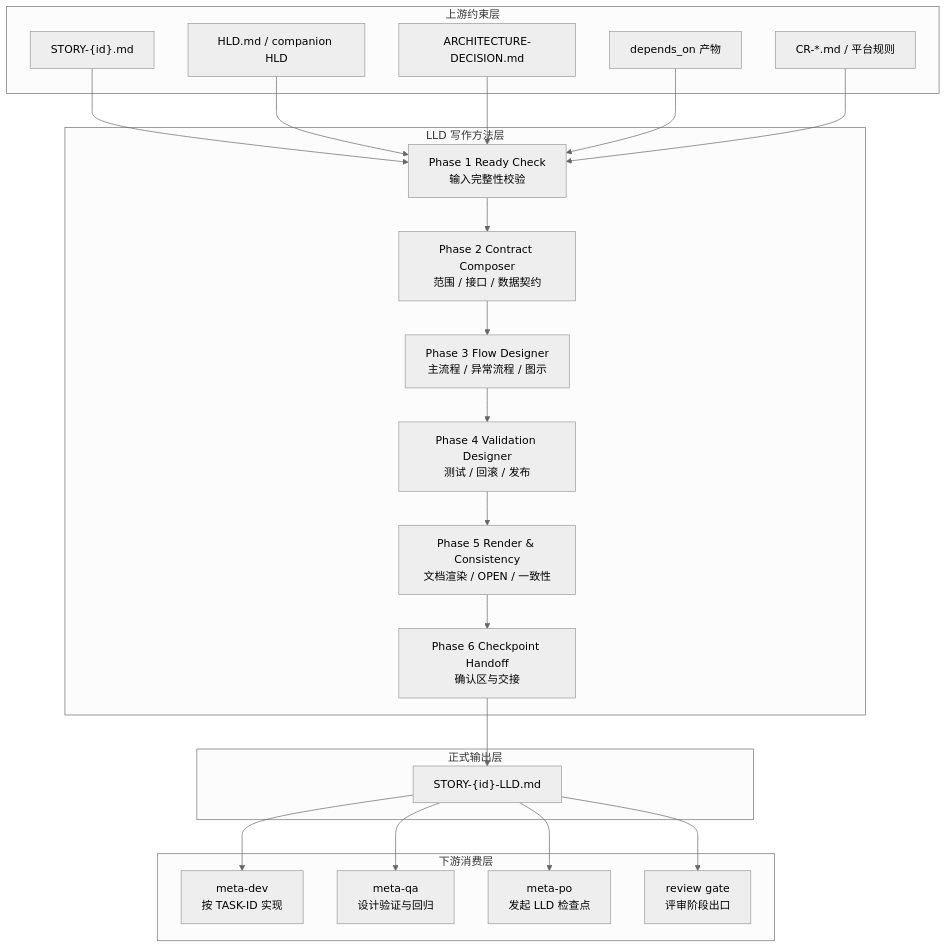
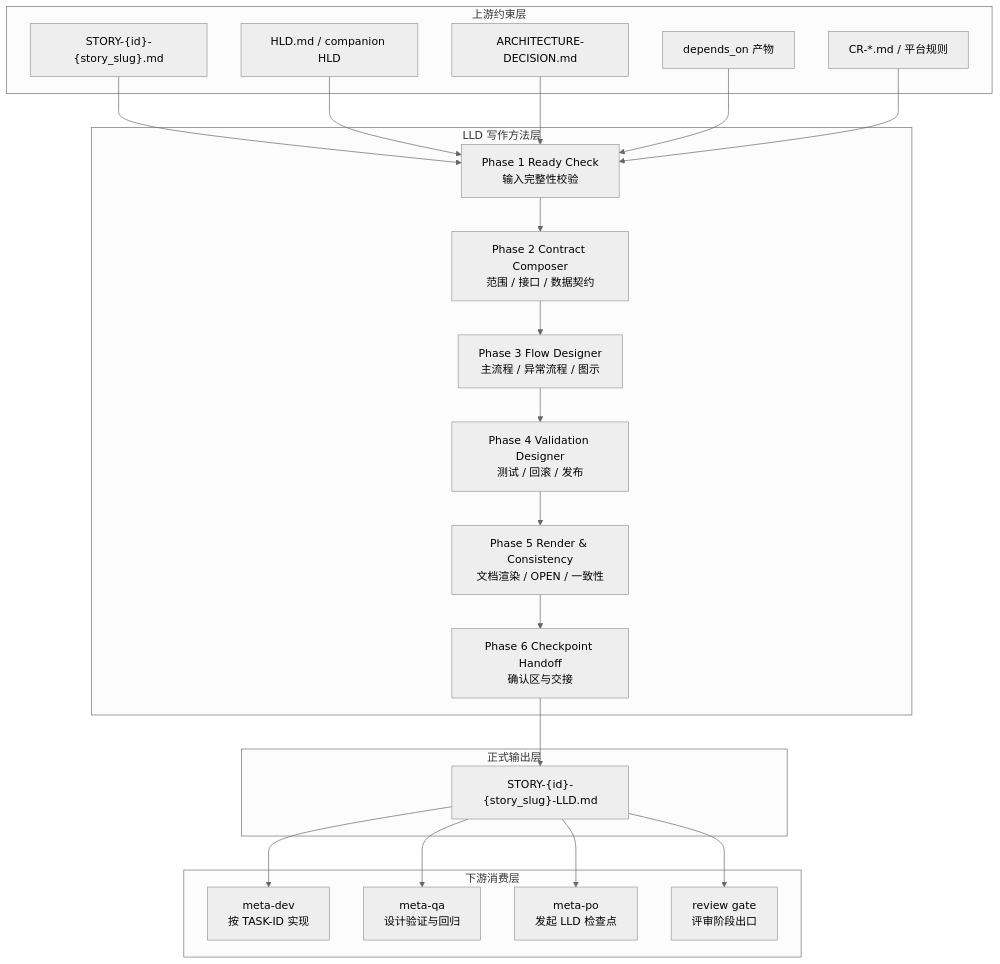
One commit to hyde-zhao/meta-flow changed the first of 3 diagrams in process/HLD-lld-writing-method.md. Above: the diagram before and after it, drawn with Mermaid (neutral theme). The commit also changed other lines of this file and 23 other files, not shown here.

````diff
--- a/process/HLD-lld-writing-method.md
+++ b/process/HLD-lld-writing-method.md
@@ -310,46 +310,46 @@
 ```mermaid
 graph TD
   subgraph Upstream["上游约束层"]
-    ST["STORY-{id}.md"]
+    ST["STORY-{id}-{story_slug}.md"]
     HLD["HLD.md / companion HLD"]
     ADR["ARCHITECTURE-DECISION.md"]
     DEP["depends_on 产物"]
     CR["CR-*.md / 平台规则"]
   end
 
   subgraph Writing["LLD 写作方法层"]
     RC["Phase 1 Ready Check\n输入完整性校验"]
     CC["Phase 2 Contract Composer\n范围 / 接口 / 数据契约"]
     FD["Phase 3 Flow Designer\n主流程 / 异常流程 / 图示"]
     VD["Phase 4 Validation Designer\n测试 / 回滚 / 发布"]
     RD["Phase 5 Render & Consistency\n文档渲染 / OPEN / 一致性"]
     CH["Phase 6 Checkpoint Handoff\n确认区与交接"]
   end
 
   subgraph Output["正式输出层"]
-    LLD["STORY-{id}-LLD.md"]
+    LLD["STORY-{id}-{story_slug}-LLD.md"]
   end
 
   subgraph Consumers["下游消费层"]
     DEV["meta-dev\n按 TASK-ID 实现"]
     QA["meta-qa\n设计验证与回归"]
     PO["meta-po\n发起 LLD 检查点"]
     RG["review gate\n评审阶段出口"]
   end
 
   ST --> RC
   HLD --> RC
   ADR --> RC
   DEP --> RC
   CR --> RC
   RC --> CC
   CC --> FD
   FD --> VD
   VD --> RD
   RD --> CH
   CH --> LLD
   LLD --> DEV
   LLD --> QA
   LLD --> PO
   LLD --> RG
 ```
````
